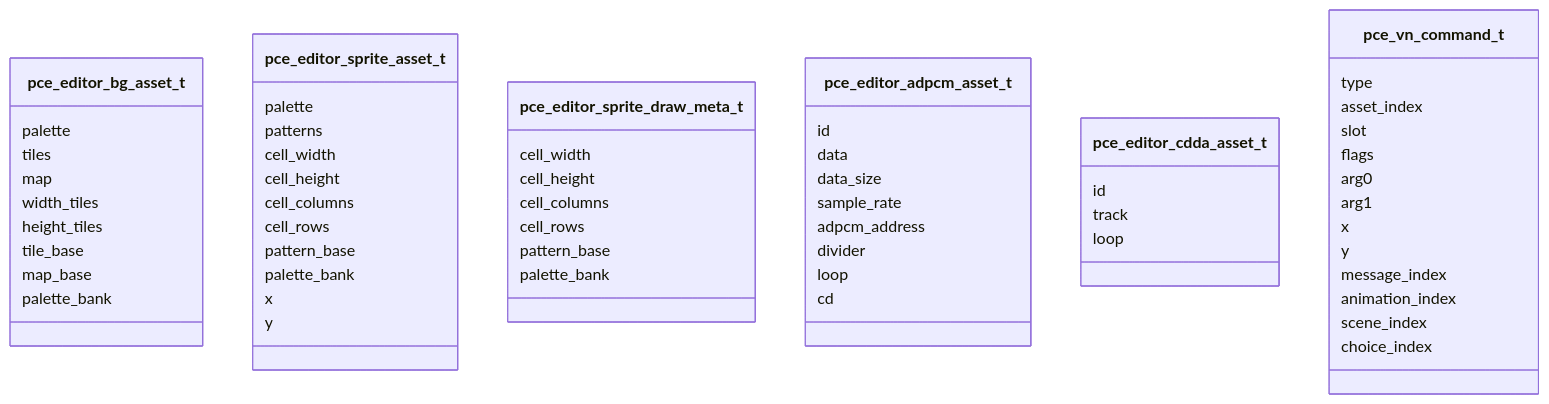
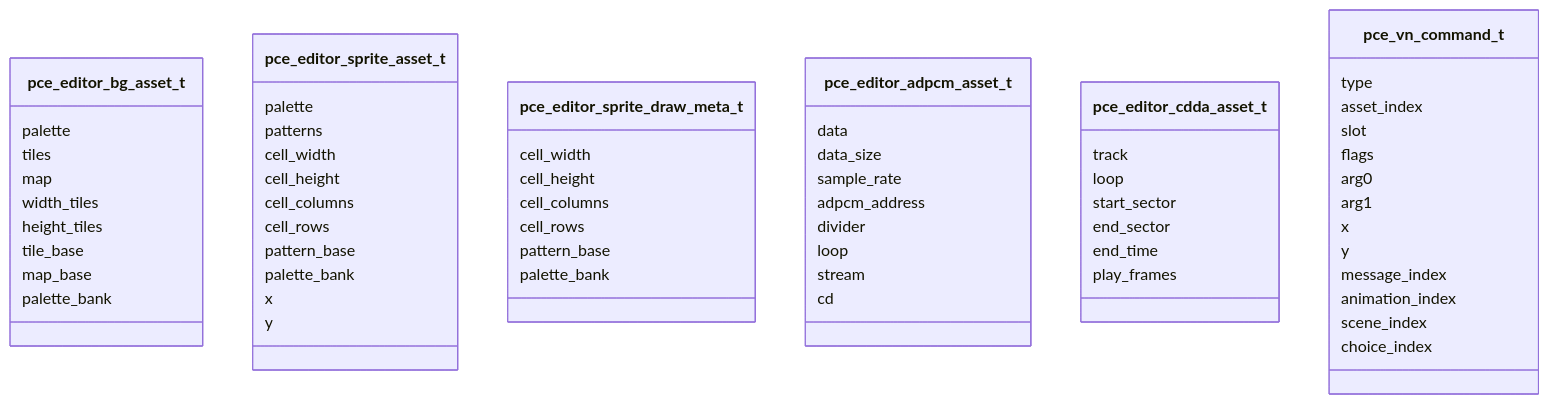
The second of 6 diagrams in docs/pce-media-programming-guide.md (HOSSIE-JP/pce-game-editor), drawn with Mermaid before and after one commit. The commit also changed other lines of this file and 17 other files, not shown here.

````diff
--- a/docs/pce-media-programming-guide.md
+++ b/docs/pce-media-programming-guide.md
@@ -481,62 +488,65 @@
 ```mermaid
 classDiagram
   class pce_editor_bg_asset_t {
     palette
     tiles
     map
     width_tiles
     height_tiles
     tile_base
     map_base
     palette_bank
   }
   class pce_editor_sprite_asset_t {
     palette
     patterns
     cell_width
     cell_height
     cell_columns
     cell_rows
     pattern_base
     palette_bank
     x
     y
   }
   class pce_editor_sprite_draw_meta_t {
     cell_width
     cell_height
     cell_columns
     cell_rows
     pattern_base
     palette_bank
   }
   class pce_editor_adpcm_asset_t {
-    id
     data
     data_size
     sample_rate
     adpcm_address
     divider
     loop
+    stream
     cd
   }
   class pce_editor_cdda_asset_t {
-    id
     track
     loop
+    start_sector
+    end_sector
+    end_time
+    play_frames
   }
   class pce_vn_command_t {
     type
     asset_index
     slot
     flags
     arg0
     arg1
     x
     y
     message_index
     animation_index
     scene_index
     choice_index
   }
 ```
````
